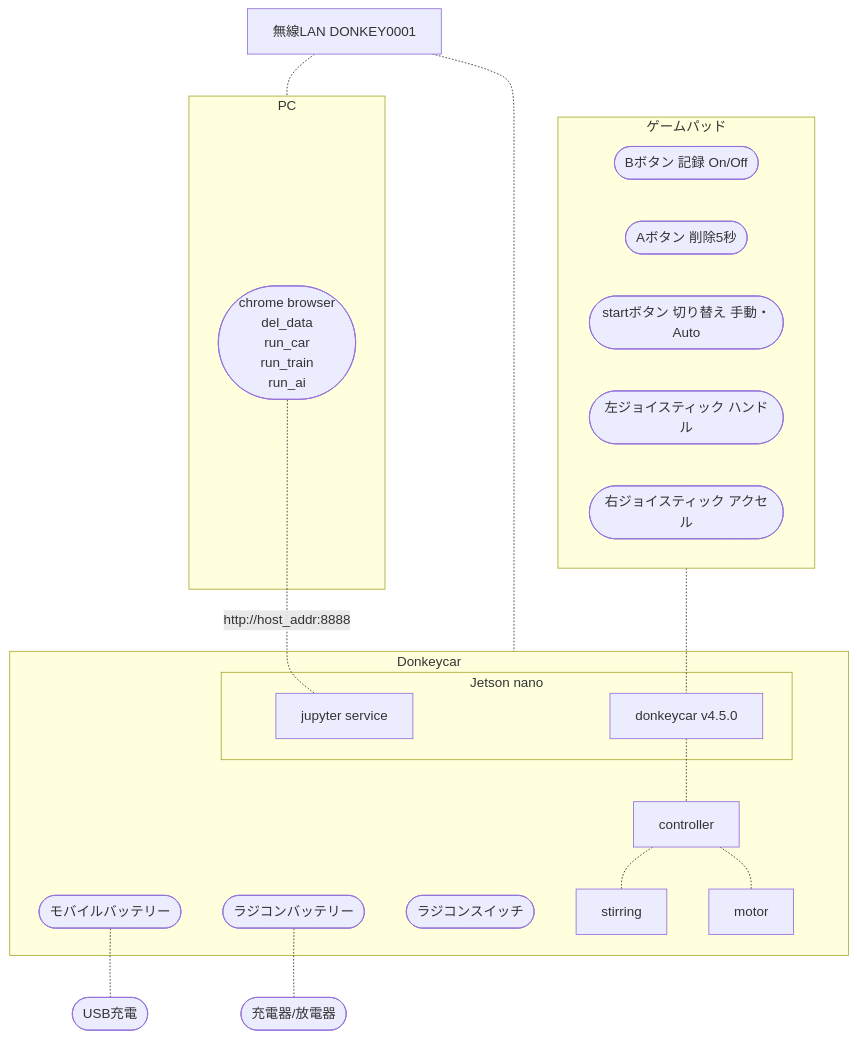
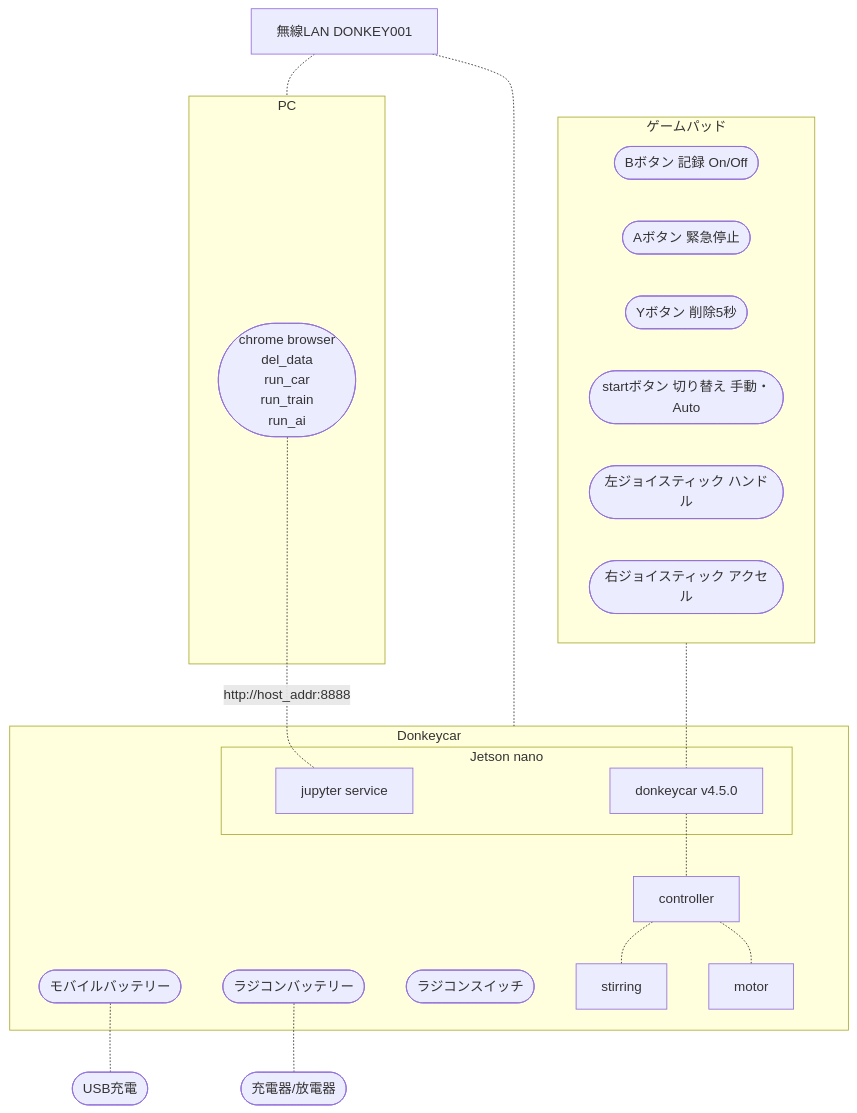
The first of 6 diagrams in SkipCity2024/doc/content/environment/jetson.md (KwikHangout/AI-RC), drawn with Mermaid before and after one commit. The commit also changed other lines of this file and 2 other files, not shown here.

````diff
--- a/SkipCity2024/doc/content/environment/jetson.md
+++ b/SkipCity2024/doc/content/environment/jetson.md
@@ -30,44 +30,45 @@
   ```mermaid
   graph TB
   subgraph Donkeycar
     subgraph jetson[Jetson nano]
       jupyter[jupyter service]
       app[donkeycar v4.5.0]
     end
     mobile([モバイルバッテリー])
     yokomo([ラジコンバッテリー])
     switch([ラジコンスイッチ])
     stirring
     motor
     controller
     app-.-controller
     controller -.- motor
     controller -.- stirring
   end
 
   subgraph joystick[ゲームパッド]
     buttonB([Bボタン 記録 On/Off])
-    buttonA([Aボタン 削除5秒])
+    buttonA([Aボタン 緊急停止])
+    buttonY([Yボタン 削除5秒])
     start([startボタン 切り替え 手動・Auto])
     stickL([左ジョイスティック ハンドル])
     stickR([右ジョイスティック アクセル])
 
   end
 
   joystick -.- app
 
   subgraph pc[PC]
     browser([chrome browser <br> del_data<br>run_car<br>run_train<br>run_ai])
   end
   browser -. http://host_addr:8888 .-jupyter
 
   USBAdapter([USB充電])
   mobile -.- USBAdapter
   LiFeAdapter([充電器/放電器])
   yokomo -.-LiFeAdapter
 
-  WifiSpot[無線LAN DONKEY0001]
+  WifiSpot[無線LAN DONKEY001]
   WifiSpot -.- Donkeycar
   WifiSpot -.- pc
 
   ```
````
